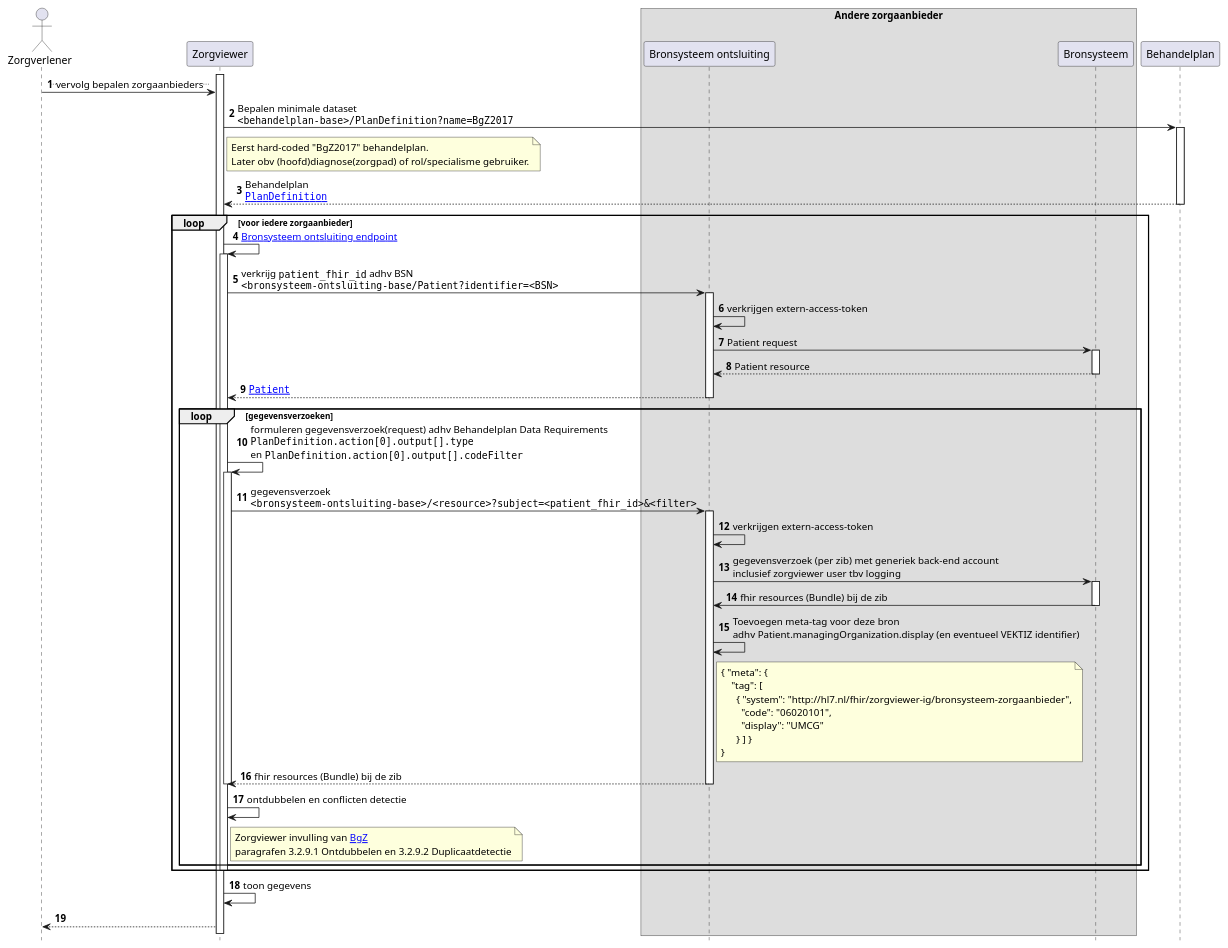
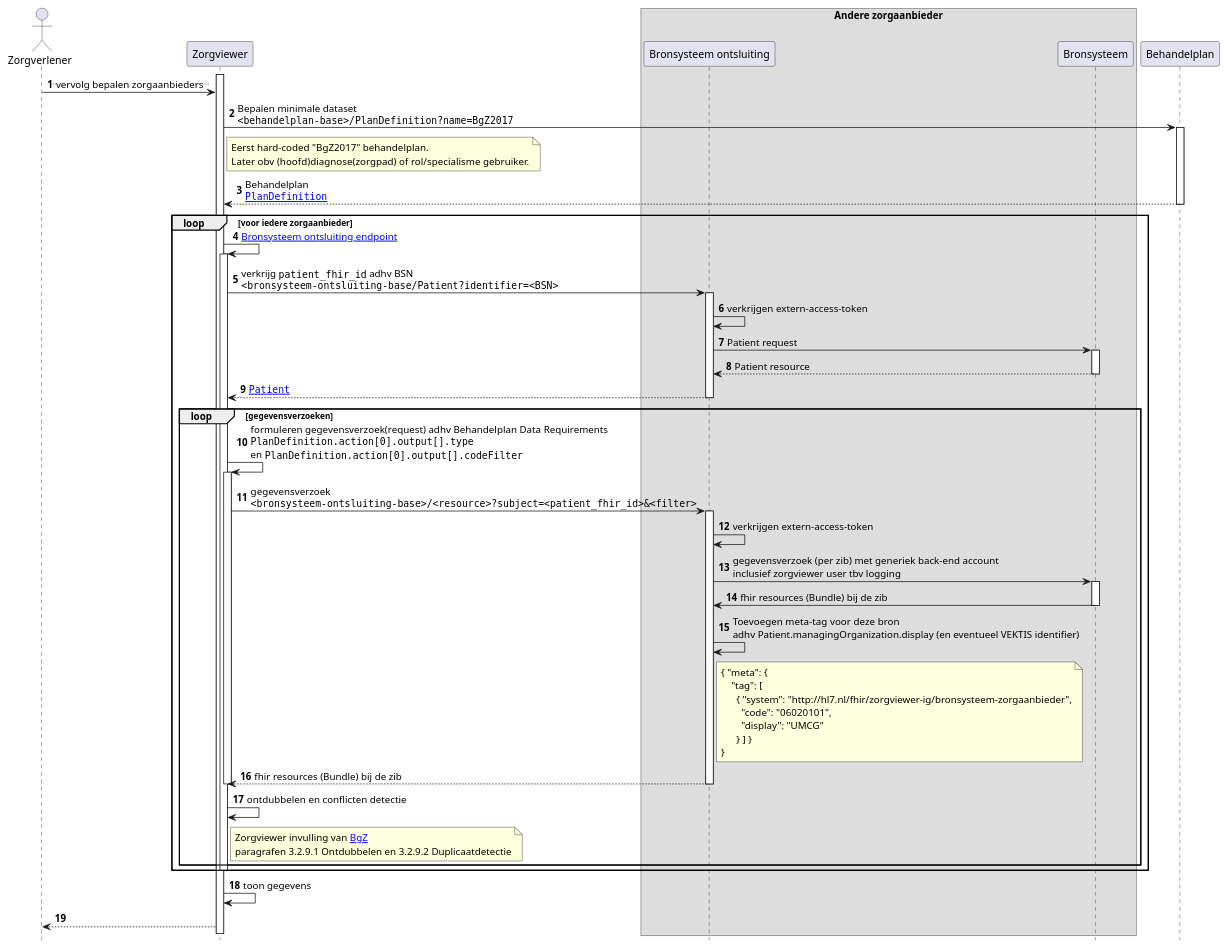
The diagram in input/images-source/Zorgviewer-seq-3.plantuml (RIVO-Noord/zorgviewer-ig), drawn with PlantUML before and after one commit. The commit also changed 3 other files, not shown here.

```diff
--- a/input/images-source/Zorgviewer-seq-3.plantuml
+++ b/input/images-source/Zorgviewer-seq-3.plantuml
@@ -1,70 +1,70 @@
 @startuml
 hide footbox
 autonumber
 
 actor Zorgverlener
 participant Zorgviewer
 box "Andere zorgaanbieder"
 participant "Bronsysteem ontsluiting" as Bron
 participant Bronsysteem
 end box
 participant Behandelplan
 
 activate Zorgviewer
 Zorgverlener->Zorgviewer: ..vervolg bepalen zorgaanbieders..
 Zorgviewer->Behandelplan: Bepalen minimale dataset\n""<behandelplan-base>/PlanDefinition?name=BgZ2017""
 note right Zorgviewer
   Eerst hard-coded "BgZ2017" behandelplan.
   Later obv (hoofd)diagnose(zorgpad) of rol/specialisme gebruiker.
 end note
 activate Behandelplan
 Behandelplan-->Zorgviewer: Behandelplan\n""[[StructureDefinition-PlanDefinition.html PlanDefinition]]""
 deactivate Behandelplan
 loop voor iedere zorgaanbieder
   Zorgviewer->Zorgviewer: [[Endpoint-UMCG.html Bronsysteem ontsluiting endpoint]]
   activate Zorgviewer
   Zorgviewer->Bron : verkrijg ""patient_fhir_id"" adhv BSN\n""<bronsysteem-ontsluiting-base/Patient?identifier=<BSN>""
   activate Bron
   Bron->Bron : verkrijgen extern-access-token
   Bron->Bronsysteem : Patient request
   activate Bronsysteem
   Bronsysteem-->Bron : Patient resource
   deactivate Bronsysteem
   Bron-->Zorgviewer : ""[[StructureDefinition-Patient.html Patient]]""
   deactivate Bron
   loop gegevensverzoeken
     Zorgviewer->Zorgviewer: formuleren gegevensverzoek(request) adhv Behandelplan Data Requirements\n""PlanDefinition.action[0].output[].type""\nen ""PlanDefinition.action[0].output[].codeFilter""
     activate Zorgviewer
     Zorgviewer->Bron: gegevensverzoek\n""<bronsysteem-ontsluiting-base>/<resource>?subject=<patient_fhir_id>&<filter>""
     activate Bron
     Bron->Bron : verkrijgen extern-access-token
     Bron->Bronsysteem : gegevensverzoek (per zib) met generiek back-end account\ninclusief zorgviewer user tbv logging
     activate Bronsysteem
     Bronsysteem->Bron: fhir resources (Bundle) bij de zib
     deactivate Bronsysteem
-    Bron->Bron: Toevoegen meta-tag voor deze bron\nadhv Patient.managingOrganization.display (en eventueel VEKTIZ identifier)
+    Bron->Bron: Toevoegen meta-tag voor deze bron\nadhv Patient.managingOrganization.display (en eventueel VEKTIS identifier)
     note right Bron
 { "meta": {
     "tag": [
       { "system": "http://hl7.nl/fhir/zorgviewer-ig/bronsysteem-zorgaanbieder",
         "code": "06020101",
         "display": "UMCG"
       } ] }
 }
     end note
     Bron-->Zorgviewer: fhir resources (Bundle) bij de zib
     deactivate Bron
     deactivate Zorgviewer
     Zorgviewer->Zorgviewer: ontdubbelen en conflicten detectie
     note right of Zorgviewer
       Zorgviewer invulling van [[https://informatiestandaarden.nictiz.nl/wiki/BgZ:V1.0_BgZ_MSZ_Informatiestandaard BgZ]] 
       paragrafen 3.2.9.1 Ontdubbelen en 3.2.9.2 Duplicaatdetectie
     end note
   end
   deactivate Zorgviewer
 end
 
 Zorgviewer->Zorgviewer: toon gegevens
 Zorgviewer-->Zorgverlener
 
 @enduml
```
